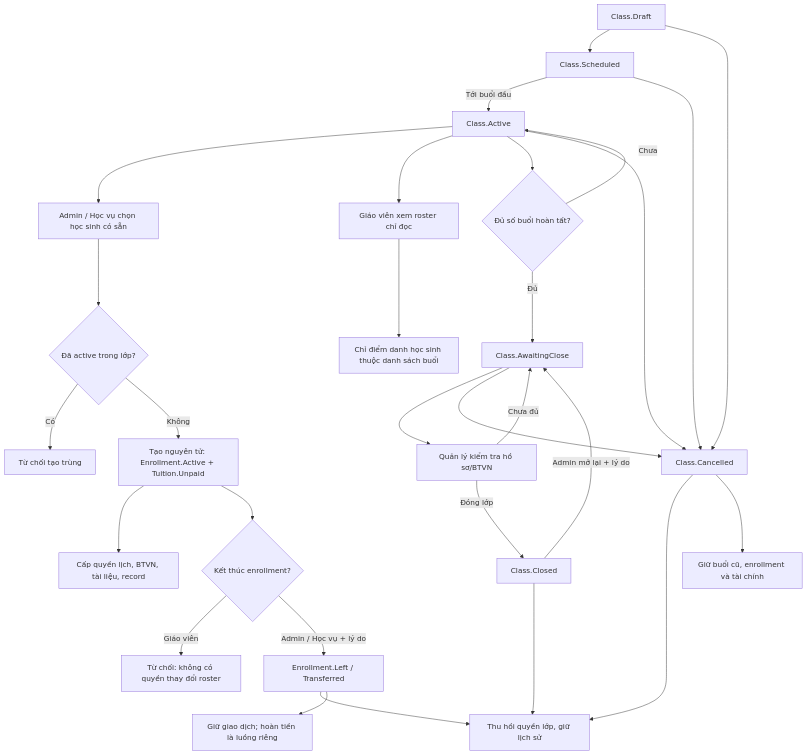
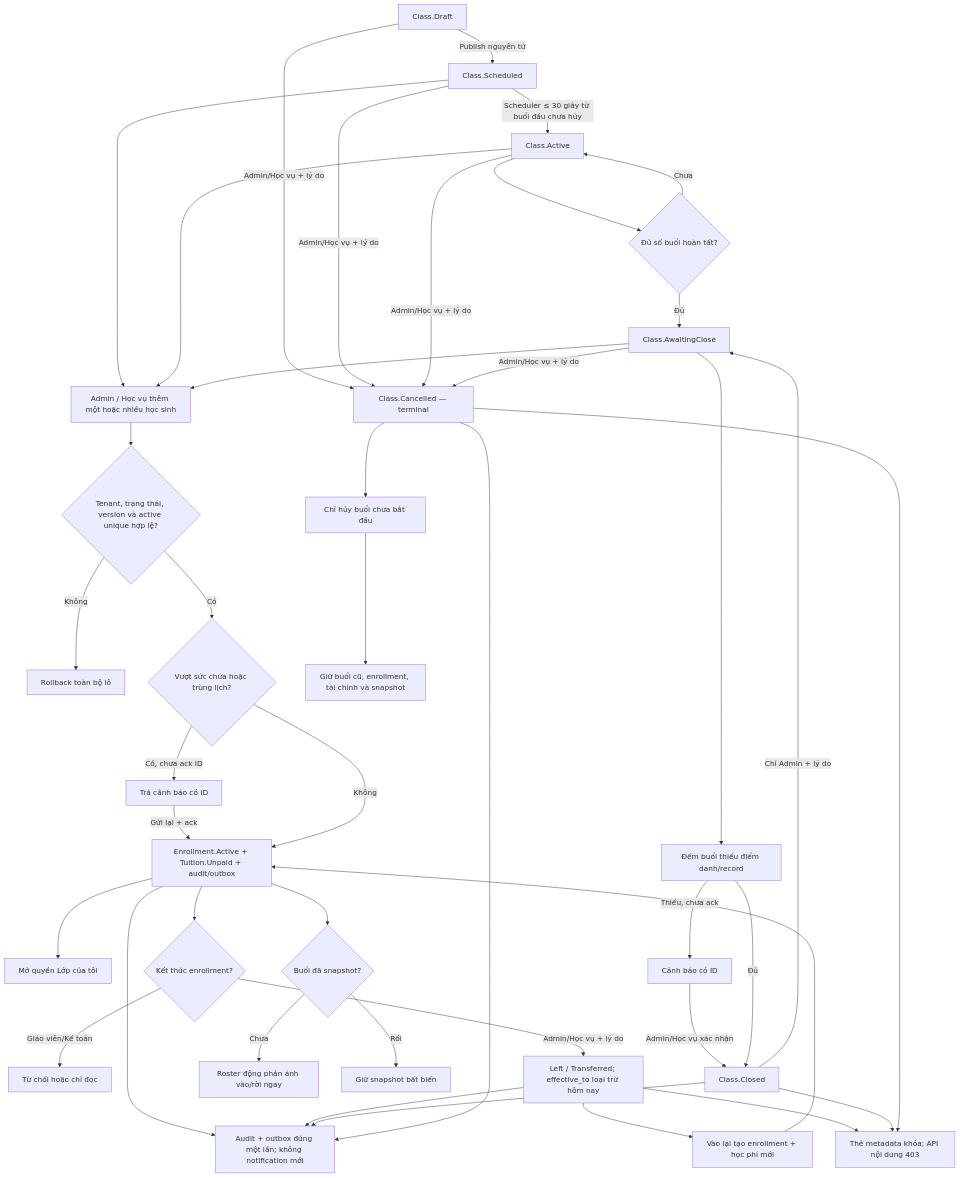
One commit to hieudn2412/class-manage-system changed the diagram in docs/flows/sources/FL-06-class-enrollment-lifecycle.mmd. Above: the diagram before and after it, drawn with Mermaid. The commit also changed 155 other files, not shown here.

```diff
--- a/docs/flows/sources/FL-06-class-enrollment-lifecycle.mmd
+++ b/docs/flows/sources/FL-06-class-enrollment-lifecycle.mmd
@@ -1,33 +1,40 @@
 flowchart TD
-  DRAFT["Class.Draft"] --> SCHEDULED["Class.Scheduled"]
-  SCHEDULED -->|"Tới buổi đầu"| ACTIVE["Class.Active"]
+  DRAFT["Class.Draft"] -->|"Publish nguyên tử"| SCHEDULED["Class.Scheduled"]
+  SCHEDULED -->|"Scheduler ≤ 30 giây từ buổi đầu chưa hủy"| ACTIVE["Class.Active"]
 
-  ACTIVE --> ADD["Admin / Học vụ chọn học sinh có sẵn"]
-  ADD --> VALID{"Đã active trong lớp?"}
-  VALID -->|Có| DUP["Từ chối tạo trùng"]
-  VALID -->|Không| ENR["Tạo nguyên tử: Enrollment.Active + Tuition.Unpaid"]
-  ENR --> ACCESS["Cấp quyền lịch, BTVN, tài liệu, record"]
-  ACTIVE --> TEACHER["Giáo viên xem roster chỉ đọc"]
-  TEACHER --> ATTEND["Chỉ điểm danh học sinh thuộc danh sách buổi"]
+  SCHEDULED & ACTIVE & AWAIT --> ADD["Admin / Học vụ thêm một hoặc nhiều học sinh"]
+  ADD --> VALID{"Tenant, trạng thái, version và active unique hợp lệ?"}
+  VALID -->|Không| ROLLBACK["Rollback toàn bộ lô"]
+  VALID -->|Có| WARN{"Vượt sức chứa hoặc trùng lịch?"}
+  WARN -->|"Có, chưa ack ID"| CONFIRM["Trả cảnh báo có ID"]
+  CONFIRM -->|"Gửi lại + ack"| ENR["Enrollment.Active + Tuition.Unpaid + audit/outbox"]
+  WARN -->|Không| ENR
+  ENR --> ACCESS["Mở quyền Lớp của tôi"]
 
-  ENR --> REMOVE{"Kết thúc enrollment?"}
-  REMOVE -->|"Giáo viên"| DENY["Từ chối: không có quyền thay đổi roster"]
-  REMOVE -->|"Admin / Học vụ + lý do"| LEFT["Enrollment.Left / Transferred"]
-  LEFT --> REVOKE["Thu hồi quyền lớp, giữ lịch sử"]
-  LEFT --> FINANCE["Giữ giao dịch; hoàn tiền là luồng riêng"]
+  ENR --> END{"Kết thúc enrollment?"}
+  END -->|"Giáo viên/Kế toán"| DENY["Từ chối hoặc chỉ đọc"]
+  END -->|"Admin/Học vụ + lý do"| LEFT["Left / Transferred; effective_to loại trừ hôm nay"]
+  LEFT --> LOCKED["Thẻ metadata khóa; API nội dung 403"]
+  LEFT --> REENTER["Vào lại tạo enrollment + học phí mới"]
+  REENTER --> ENR
+
+  ENR --> ROSTER{"Buổi đã snapshot?"}
+  ROSTER -->|Chưa| DYNAMIC["Roster động phản ánh vào/rời ngay"]
+  ROSTER -->|Rồi| FROZEN["Giữ snapshot bất biến"]
 
   ACTIVE --> PROGRESS{"Đủ số buổi hoàn tất?"}
   PROGRESS -->|Chưa| ACTIVE
   PROGRESS -->|Đủ| AWAIT["Class.AwaitingClose"]
-  AWAIT --> CHECK["Quản lý kiểm tra hồ sơ/BTVN"]
-  CHECK -->|Chưa đủ| AWAIT
-  CHECK -->|Đóng lớp| CLOSED["Class.Closed"]
-  CLOSED --> REVOKE
-  CLOSED -->|"Admin mở lại + lý do"| AWAIT
+  AWAIT --> CHECK["Đếm buổi thiếu điểm danh/record"]
+  CHECK -->|"Thiếu, chưa ack"| CLOSEWARN["Cảnh báo có ID"]
+  CLOSEWARN -->|"Admin/Học vụ xác nhận"| CLOSED["Class.Closed"]
+  CHECK -->|Đủ| CLOSED
+  CLOSED --> LOCKED
+  CLOSED -->|"Chỉ Admin + lý do"| AWAIT
 
-  DRAFT --> CANCEL["Class.Cancelled"]
-  SCHEDULED --> CANCEL
-  ACTIVE --> CANCEL
-  AWAIT --> CANCEL
-  CANCEL --> REVOKE
-  CANCEL --> KEEP["Giữ buổi cũ, enrollment và tài chính"]
+  DRAFT & SCHEDULED & ACTIVE & AWAIT -->|"Admin/Học vụ + lý do"| CANCEL["Class.Cancelled — terminal"]
+  CANCEL --> FUTURE["Chỉ hủy buổi chưa bắt đầu"]
+  FUTURE --> KEEP["Giữ buổi cũ, enrollment, tài chính và snapshot"]
+  CANCEL --> LOCKED
+
+  ENR & LEFT & CLOSED & CANCEL --> AUDIT["Audit + outbox đúng một lần; không notification mới"]
```
